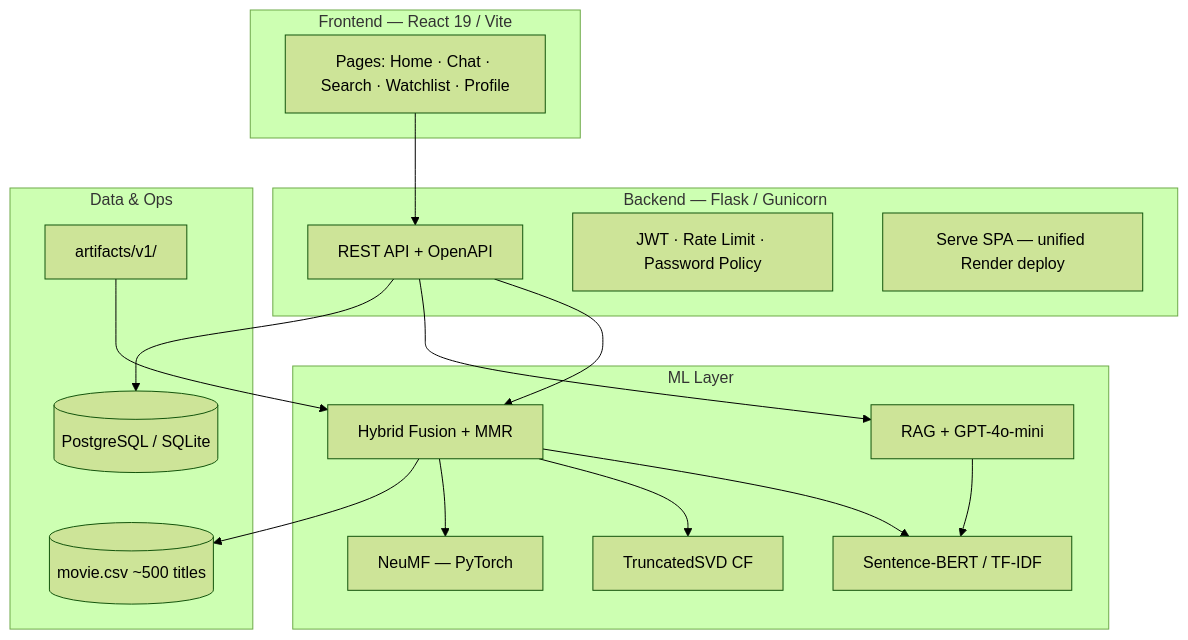
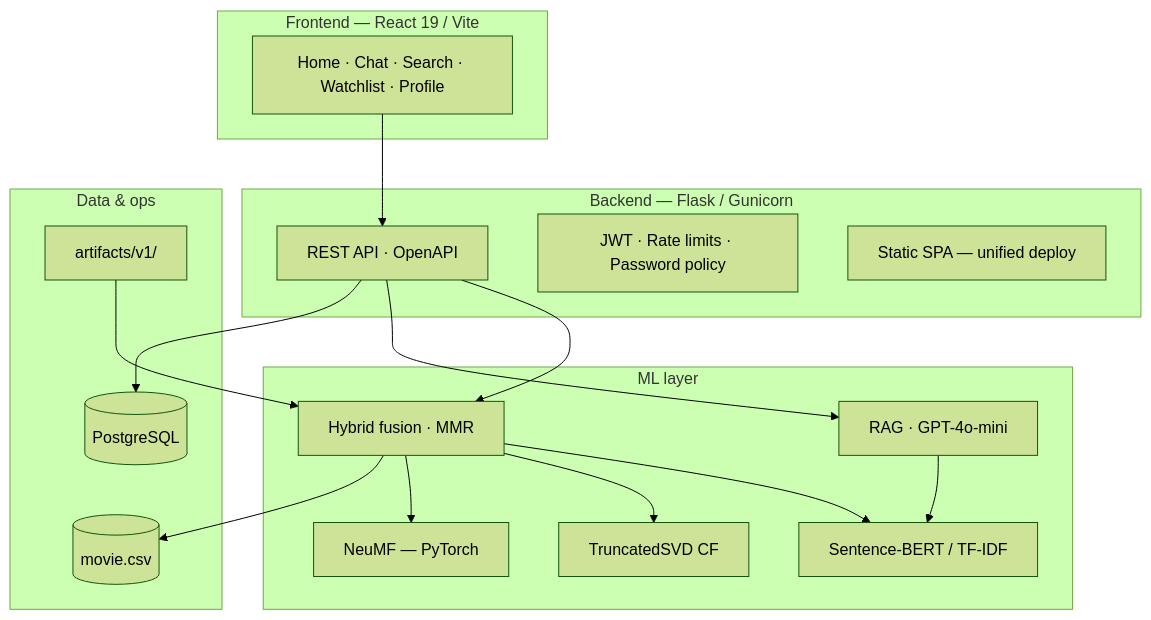
One commit to TheHien04/Movie-Recommendation-System-RCM- changed the diagram in README.md. Above: the diagram before and after it, drawn with Mermaid (forest theme). The commit also changed other lines of this file and 1 other file, not shown here.

````diff
--- a/README.md
+++ b/README.md
@@ -70,35 +67,35 @@
 ```mermaid
 flowchart TB
   subgraph Client["Frontend — React 19 / Vite"]
-    UI[Pages: Home · Chat · Search · Watchlist · Profile]
+    UI[Home · Chat · Search · Watchlist · Profile]
   end
 
   subgraph API["Backend — Flask / Gunicorn"]
-    Routes[REST API + OpenAPI]
-    Auth[JWT · Rate Limit · Password Policy]
-    SPA[Serve SPA — unified Render deploy]
+    Routes[REST API · OpenAPI]
+    Auth[JWT · Rate limits · Password policy]
+    SPA[Static SPA — unified deploy]
   end
 
-  subgraph ML["ML Layer"]
+  subgraph ML["ML layer"]
     SEM[Sentence-BERT / TF-IDF]
     SVD[TruncatedSVD CF]
     NCF[NeuMF — PyTorch]
-    HYB[Hybrid Fusion + MMR]
-    RAG[RAG + GPT-4o-mini]
+    HYB[Hybrid fusion · MMR]
+    RAG[RAG · GPT-4o-mini]
   end
 
-  subgraph Data["Data & Ops"]
-    CSV[(movie.csv ~500 titles)]
-    PG[(PostgreSQL / SQLite)]
+  subgraph Data["Data & ops"]
+    CSV[(movie.csv)]
+    PG[(PostgreSQL)]
     ART[artifacts/v1/]
   end
 
   UI --> Routes
   Routes --> HYB
   Routes --> RAG
   HYB --> SEM & SVD & NCF
   RAG --> SEM
   Routes --> PG
   HYB --> CSV
   ART --> HYB
 ```
````
